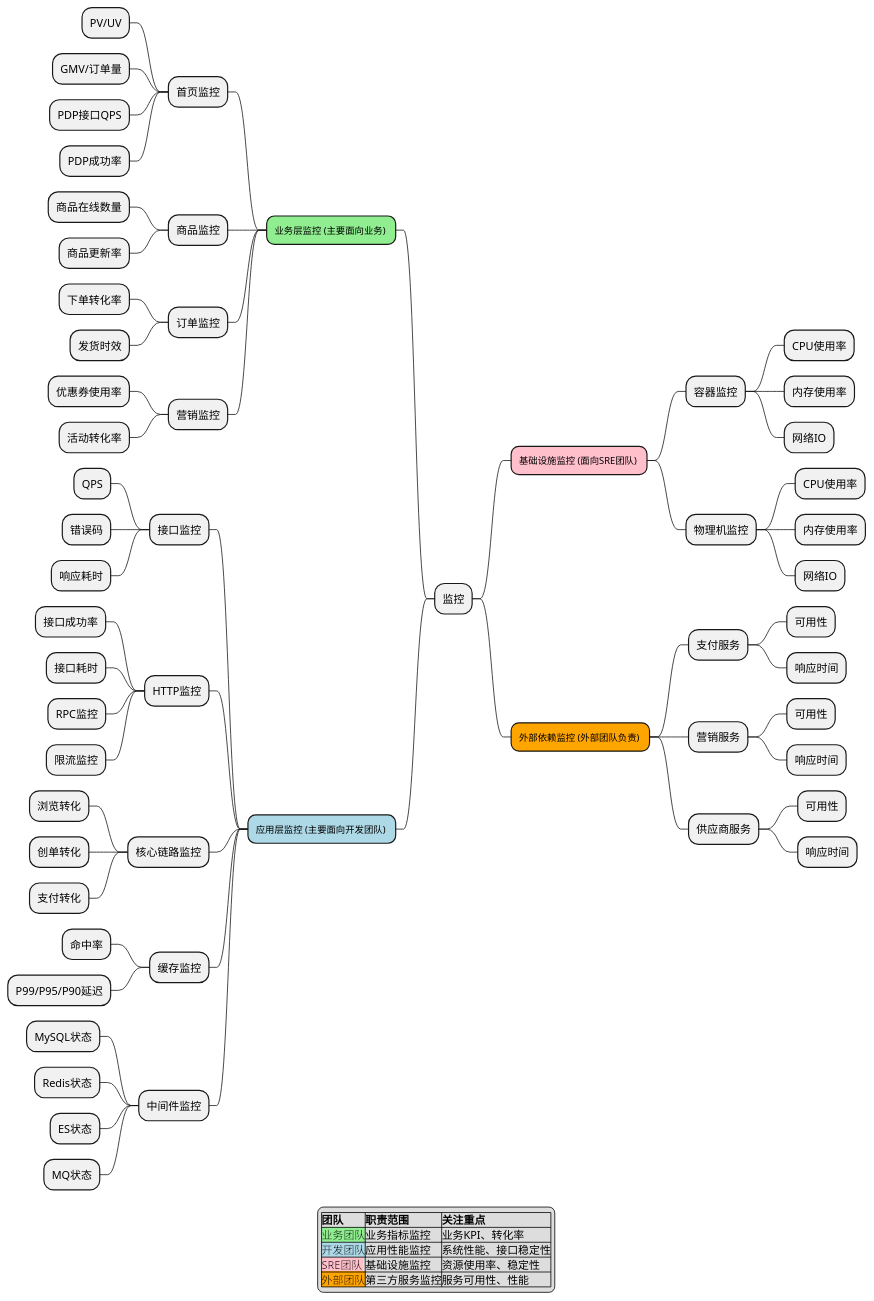
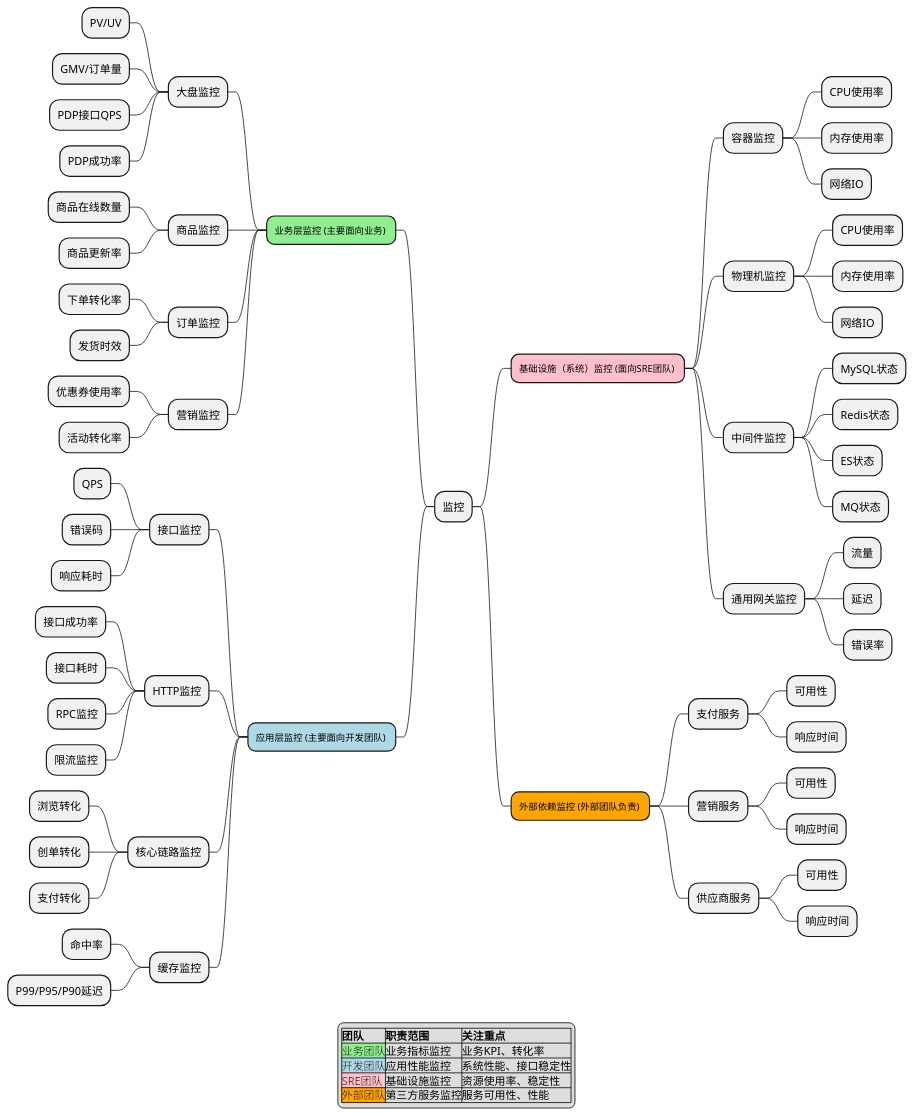
The diagram in source/diagrams/ecommerce/10-monitoring.puml (wxquare/wxquare.github.io), drawn with PlantUML before and after one commit. The commit also changed 8 other files, not shown here.

```diff
--- a/source/diagrams/ecommerce/10-monitoring.puml
+++ b/source/diagrams/ecommerce/10-monitoring.puml
@@ -1,101 +1,105 @@
 @startmindmap
 <style>
 mindmapDiagram {
     .biz {
         BackgroundColor lightgreen
         FontColor black
         FontSize 12
         RoundCorner 20
     }
     .dev {
         BackgroundColor lightblue
         FontColor black
         FontSize 12
         RoundCorner 20
     }
     .sre {
         BackgroundColor pink
         FontColor black
         FontSize 12
         RoundCorner 20
     }
     .external {
         BackgroundColor orange
         FontColor black
         FontSize 12
         RoundCorner 20
     }
 }
 </style>
 
 * 监控
 
 -- 业务层监控 (主要面向业务) <<biz>>
---- 首页监控
+--- 大盘监控
 ---- PV/UV
 ---- GMV/订单量
 ---- PDP接口QPS
 ---- PDP成功率
 --- 商品监控
 ---- 商品在线数量
 ---- 商品更新率
 --- 订单监控
 ---- 下单转化率
 ---- 发货时效
 --- 营销监控
 ---- 优惠券使用率
 ---- 活动转化率
 
 -- 应用层监控 (主要面向开发团队) <<dev>>
 --- 接口监控
 ---- QPS
 ---- 错误码
 ---- 响应耗时
 --- HTTP监控
 ---- 接口成功率
 ---- 接口耗时
 ---- RPC监控
 ---- 限流监控
 --- 核心链路监控
 ---- 浏览转化
 ---- 创单转化
 ---- 支付转化
 --- 缓存监控
 ---- 命中率
 ---- P99/P95/P90延迟
---- 中间件监控
----- MySQL状态
----- Redis状态
----- ES状态
----- MQ状态
 
-++[#pink] 基础设施监控 (面向SRE团队) <<sre>>
+++[#pink] 基础设施（系统）监控 (面向SRE团队) <<sre>>
 +++ 容器监控
 ++++ CPU使用率
 ++++ 内存使用率
 ++++ 网络IO
 +++ 物理机监控
 ++++ CPU使用率
 ++++ 内存使用率
 ++++ 网络IO
++++ 中间件监控
+++++ MySQL状态
+++++ Redis状态
+++++ ES状态
+++++ MQ状态
++++ 通用网关监控
+++++ 流量
+++++ 延迟
+++++ 错误率
 
 ++[#orange] 外部依赖监控 (外部团队负责) <<external>>
 +++ 支付服务
 ++++ 可用性
 ++++ 响应时间
 +++ 营销服务
 ++++ 可用性
 ++++ 响应时间
 +++ 供应商服务
 ++++ 可用性
 ++++ 响应时间
 
 legend
 |=团队|=职责范围|=关注重点|
 |<back:lightgreen>业务团队</back>|业务指标监控|业务KPI、转化率|
 |<back:lightblue>开发团队</back>|应用性能监控|系统性能、接口稳定性|
 |<back:pink>SRE团队</back>|基础设施监控|资源使用率、稳定性|
 |<back:orange>外部团队</back>|第三方服务监控|服务可用性、性能|
 endlegend
 
 @endmindmap
```
